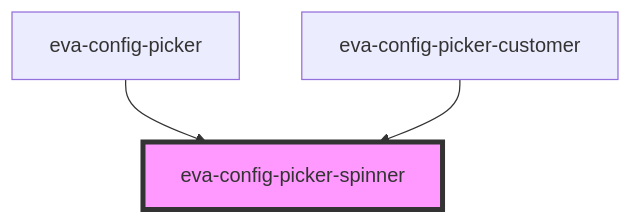
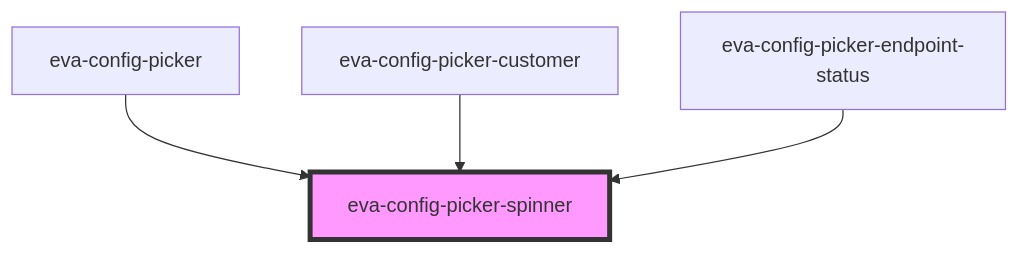
The diagram in src/components/picker-spinner/readme.md (springtreesolutions/eva-config-picker), drawn with Mermaid before and after one commit. The commit also changed other lines of this file and 14 other files, not shown here.

````diff
--- a/src/components/picker-spinner/readme.md
+++ b/src/components/picker-spinner/readme.md
@@ -16,6 +24,7 @@
 ```mermaid
 graph TD;
   eva-config-picker --> eva-config-picker-spinner
   eva-config-picker-customer --> eva-config-picker-spinner
+  eva-config-picker-endpoint-status --> eva-config-picker-spinner
   style eva-config-picker-spinner fill:#f9f,stroke:#333,stroke-width:4px
 ```
````
